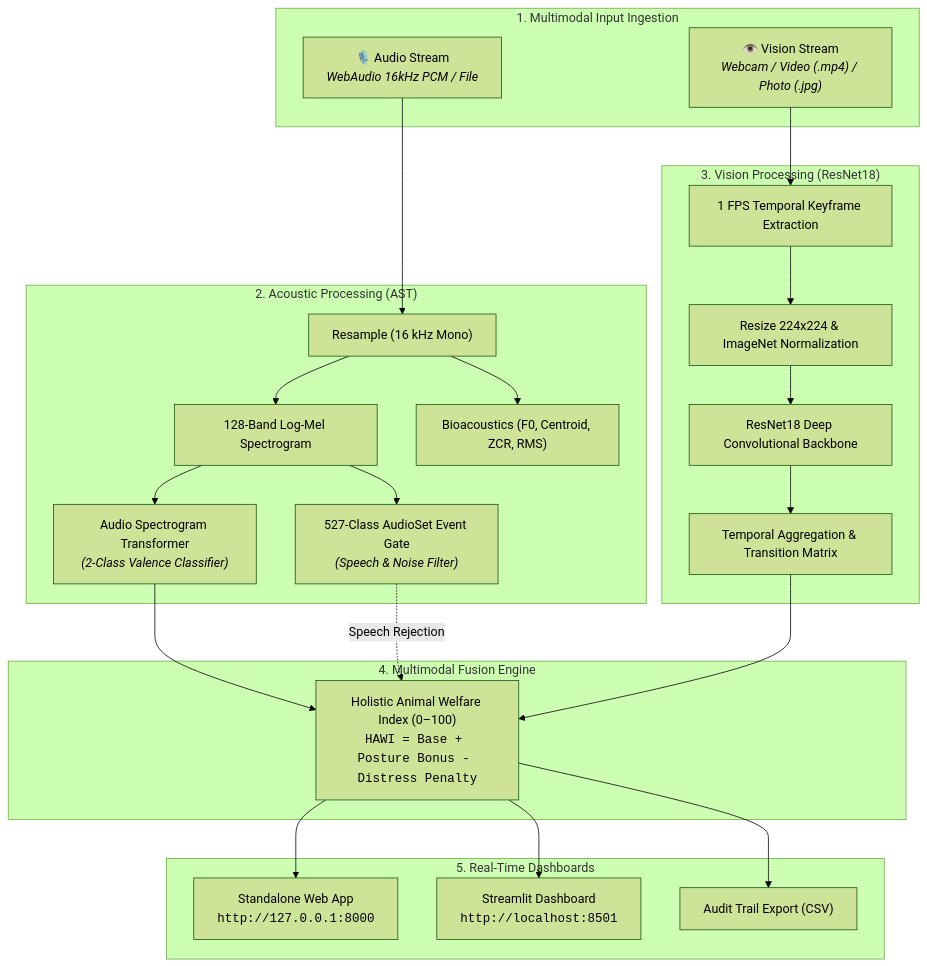
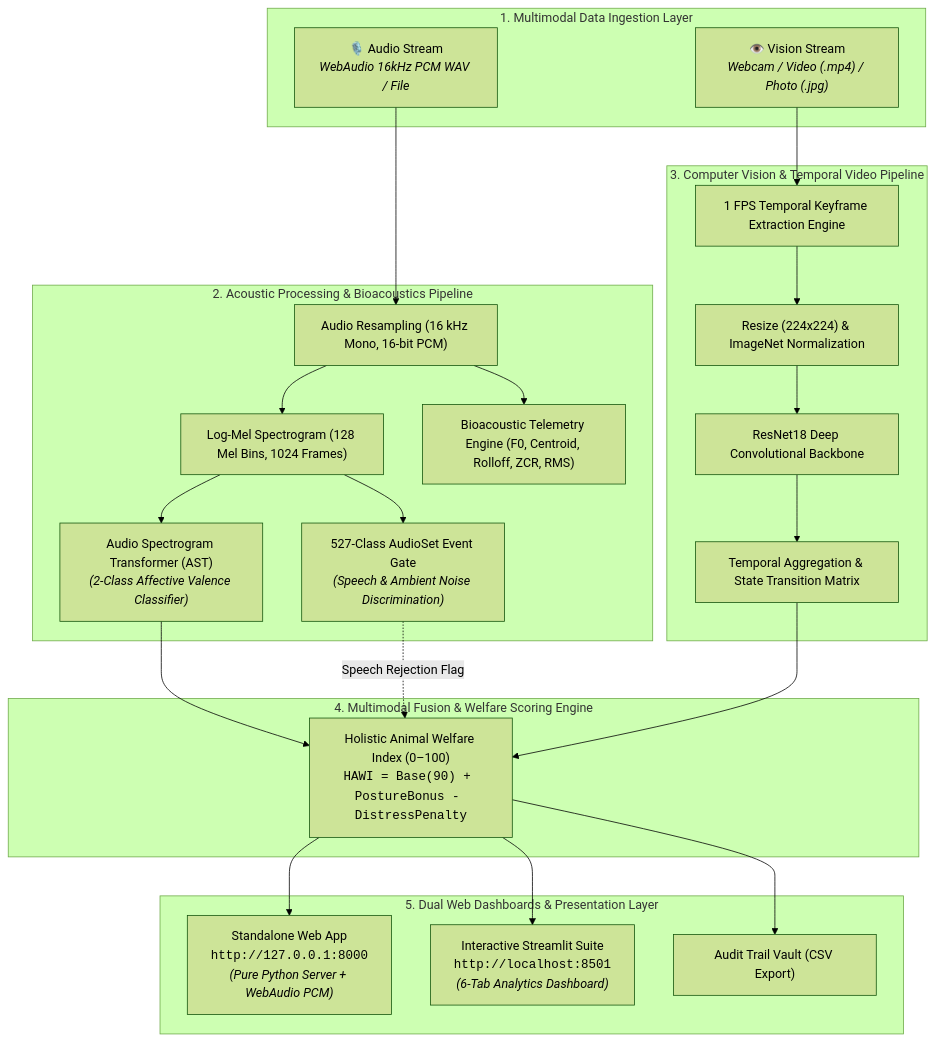
The diagram in README.md (sampath300-dot/MooTrack), drawn with Mermaid (forest theme) before and after one commit. The commit also changed other lines of this file, not shown here.

Commit message:
docs: complete comprehensive master technical documentation for MOotrack with full architectures, formulas, and benchmarks

````diff
--- a/README.md
+++ b/README.md
@@ -98,44 +138,44 @@
 ```mermaid
 flowchart TD
-    subgraph Ingestion["1. Multimodal Input Ingestion"]
-        A_IN["🎙️ Audio Stream<br><i>WebAudio 16kHz PCM / File</i>"]
+    subgraph DataIngestion["1. Multimodal Data Ingestion Layer"]
+        A_IN["🎙️ Audio Stream<br><i>WebAudio 16kHz PCM WAV / File</i>"]
         V_IN["👁️ Vision Stream<br><i>Webcam / Video (.mp4) / Photo (.jpg)</i>"]
     end
 
-    subgraph AudioEngine["2. Acoustic Processing (AST)"]
-        A_RESAMPLE["Resample (16 kHz Mono)"]
-        A_MEL["128-Band Log-Mel Spectrogram"]
-        A_DIAG["Bioacoustics (F0, Centroid, ZCR, RMS)"]
+    subgraph AudioPipeline["2. Acoustic Processing & Bioacoustics Pipeline"]
+        A_RESAMPLE["Audio Resampling (16 kHz Mono, 16-bit PCM)"]
+        A_MEL["Log-Mel Spectrogram (128 Mel Bins, 1024 Frames)"]
+        A_DIAG["Bioacoustic Telemetry Engine (F0, Centroid, Rolloff, ZCR, RMS)"]
         
-        AST_GATE["527-Class AudioSet Event Gate<br><i>(Speech & Noise Filter)</i>"]
-        AST_VAL["Audio Spectrogram Transformer<br><i>(2-Class Valence Classifier)</i>"]
+        AST_GATE["527-Class AudioSet Event Gate<br><i>(Speech & Ambient Noise Discrimination)</i>"]
+        AST_VAL["Audio Spectrogram Transformer (AST)<br><i>(2-Class Affective Valence Classifier)</i>"]
         
         A_IN --> A_RESAMPLE --> A_MEL & A_DIAG
         A_MEL --> AST_GATE & AST_VAL
     end
 
-    subgraph VisionEngine["3. Vision Processing (ResNet18)"]
-        V_KEY["1 FPS Temporal Keyframe Extraction"]
-        V_NORM["Resize 224x224 & ImageNet Normalization"]
+    subgraph VisionPipeline["3. Computer Vision & Temporal Video Pipeline"]
+        V_KEY["1 FPS Temporal Keyframe Extraction Engine"]
+        V_NORM["Resize (224x224) & ImageNet Normalization"]
         RESNET["ResNet18 Deep Convolutional Backbone"]
-        V_AGG["Temporal Aggregation & Transition Matrix"]
+        V_AGG["Temporal Aggregation & State Transition Matrix"]
         
         V_IN --> V_KEY --> V_NORM --> RESNET --> V_AGG
     end
 
-    subgraph DecisionFusion["4. Multimodal Fusion Engine"]
-        FUSED["Holistic Animal Welfare Index (0–100)<br><code>HAWI = Base + Posture Bonus - Distress Penalty</code>"]
+    subgraph FusionEngine["4. Multimodal Fusion & Welfare Scoring Engine"]
+        HAWI["Holistic Animal Welfare Index (0–100)<br><code>HAWI = Base(90) + PostureBonus - DistressPenalty</code>"]
         
-        AST_VAL --> FUSED
-        AST_GATE -.->|"Speech Rejection"| FUSED
-        V_AGG --> FUSED
+        AST_VAL --> HAWI
+        AST_GATE -.->|"Speech Rejection Flag"| HAWI
+        V_AGG --> HAWI
     end
 
-    subgraph Presentation["5. Real-Time Dashboards"]
-        D_WEB["Standalone Web App<br><code>http://127.0.0.1:8000</code>"]
-        D_STR["Streamlit Dashboard<br><code>http://localhost:8501</code>"]
-        D_CSV["Audit Trail Export (CSV)"]
+    subgraph PresentationLayer["5. Dual Web Dashboards & Presentation Layer"]
+        D_WEB["Standalone Web App<br><code>http://127.0.0.1:8000</code><br><i>(Pure Python Server + WebAudio PCM)</i>"]
+        D_STR["Interactive Streamlit Suite<br><code>http://localhost:8501</code><br><i>(6-Tab Analytics Dashboard)</i>"]
+        D_CSV["Audit Trail Vault (CSV Export)"]
         
-        FUSED --> D_WEB & D_STR & D_CSV
+        HAWI --> D_WEB & D_STR & D_CSV
     end
 ```
````
